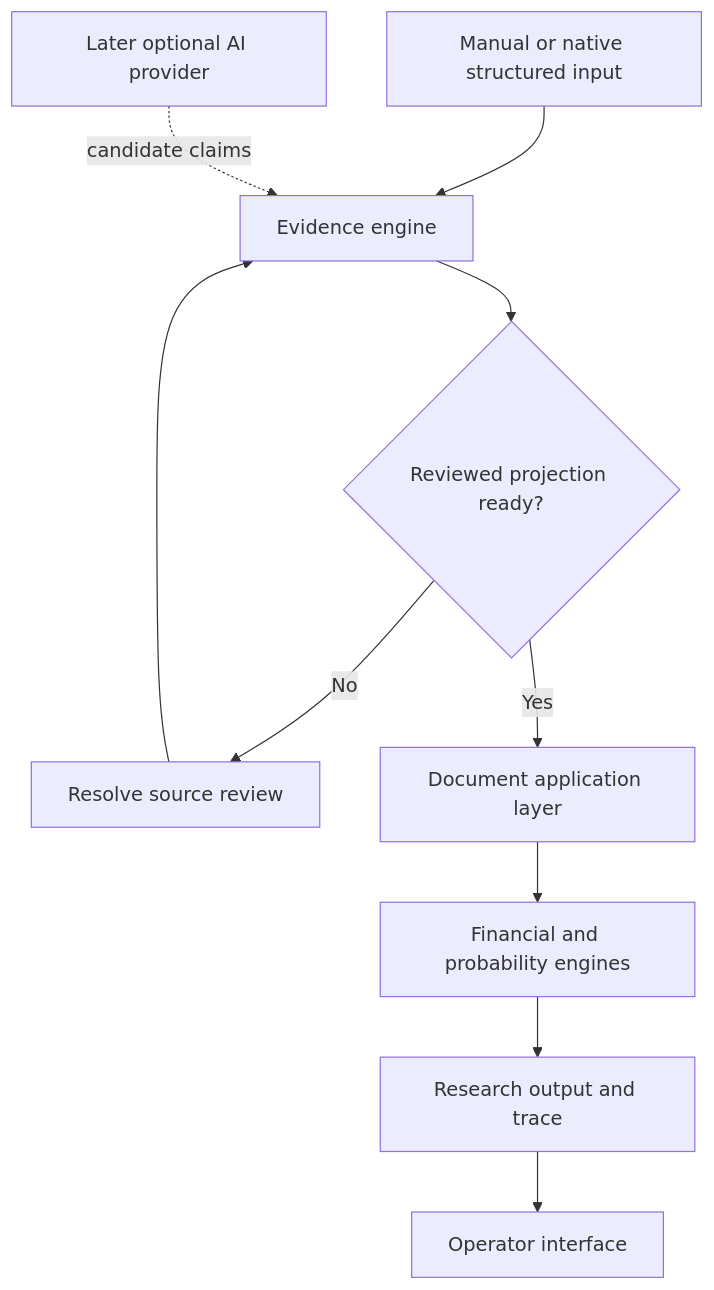
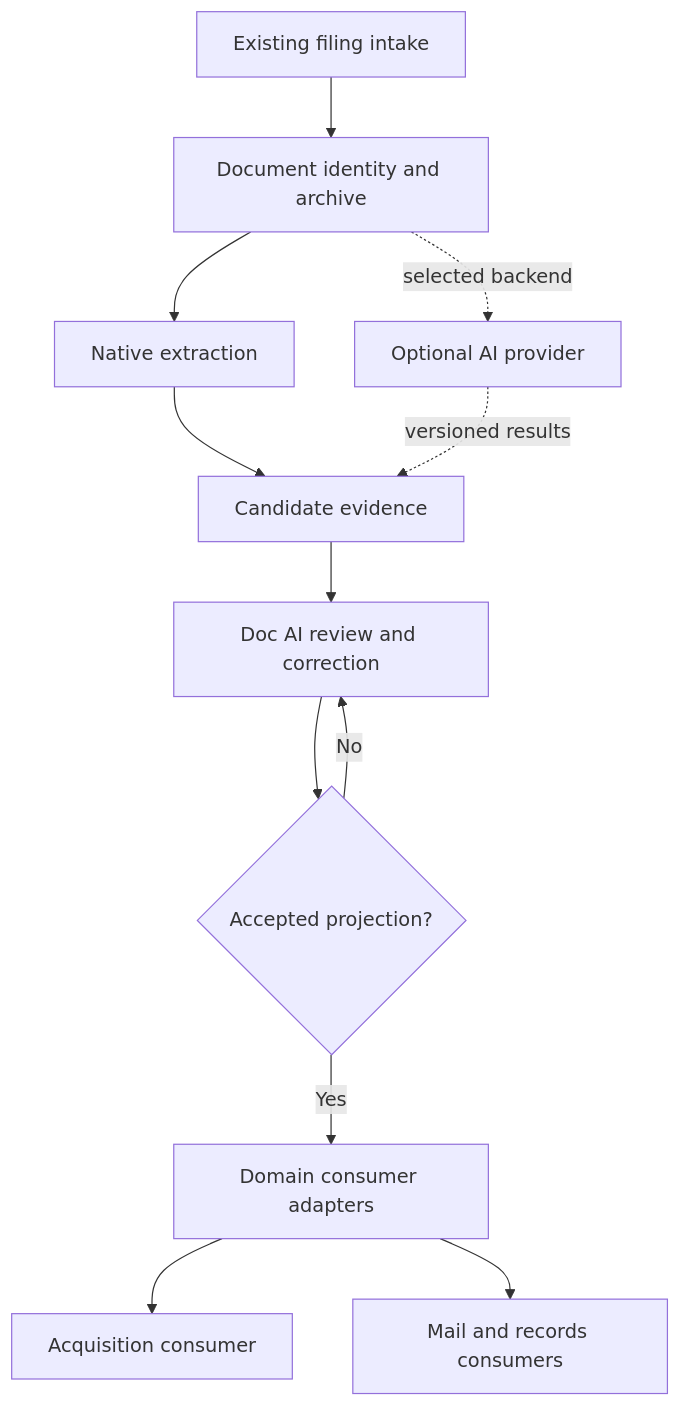
Before and after one commit to ajoiventures/BL_ACQ: the diagram in docs/architecture/document-engine-layers.md, drawn with Mermaid. The commit also changed other lines of this file and 22 other files, not shown here.

````diff
--- a/docs/architecture/document-engine-layers.md
+++ b/docs/architecture/document-engine-layers.md
@@ -25,12 +37,14 @@
 ```mermaid
 flowchart TD
-    A["Manual or native structured input"] --> E["Evidence engine"]
-    E --> P{"Reviewed projection ready?"}
-    P -->|No| R["Resolve source review"]
-    R --> E
-    P -->|Yes| L["Document application layer"]
-    L --> F["Financial and probability engines"]
-    F --> O["Research output and trace"]
-    O --> U["Operator interface"]
-    X["Later optional AI provider"] -. candidate claims .-> E
+    A["Existing filing intake"] --> D["Document identity and archive"]
+    D --> N["Native extraction"]
+    D -. selected backend .-> X["Optional AI provider"]
+    N --> E["Candidate evidence"]
+    X -. versioned results .-> E
+    E --> R["Doc AI review and correction"]
+    R --> P{"Accepted projection?"}
+    P -->|No| R
+    P -->|Yes| C["Domain consumer adapters"]
+    C --> F["Acquisition consumer"]
+    C --> M["Mail and records consumers"]
 ```
````
